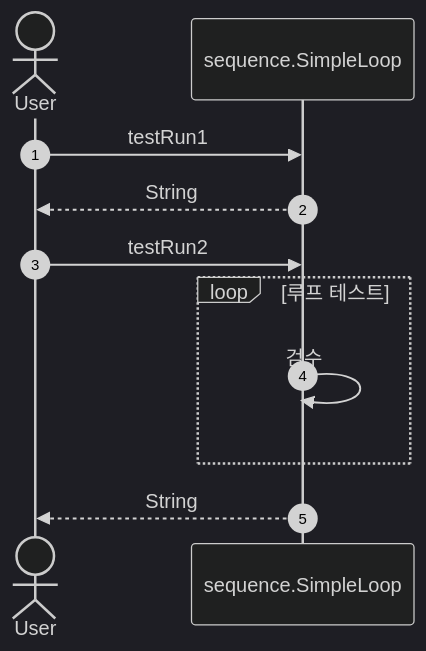
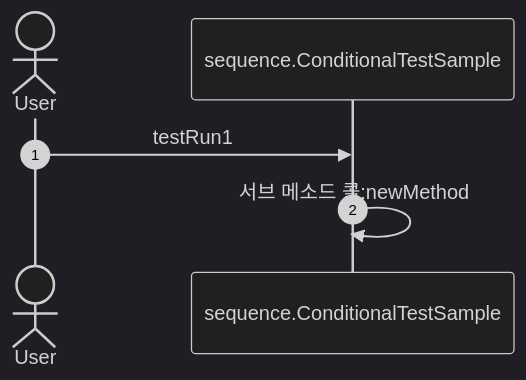
One commit to JinJinHoHo/gen-dia changed the second of 2 diagrams in readme.md. Above: the diagram before and after it, drawn with Mermaid (dark theme). The commit also changed other lines of this file and 20 other files, not shown here.

````diff
--- a/readme.md
+++ b/readme.md
@@ -60,18 +61,13 @@
 ```mermaid
 sequenceDiagram
     autonumber
+
     actor User
 
     participant User
-    participant sequence.SimpleLoop
+    participant sequence.ConditionalTestSample
 
-    User->>sequence.SimpleLoop:testRun1
-    sequence.SimpleLoop-->>User:String
-    User->>sequence.SimpleLoop:testRun2
-    loop 루프 테스트
-        sequence.SimpleLoop->>sequence.SimpleLoop:검수
-    end
-
-    sequence.SimpleLoop-->>User:String
+    User->>sequence.ConditionalTestSample:testRun1
+    sequence.ConditionalTestSample->>sequence.ConditionalTestSample:서브 메소드 콜:newMethod
 
 ```
````
